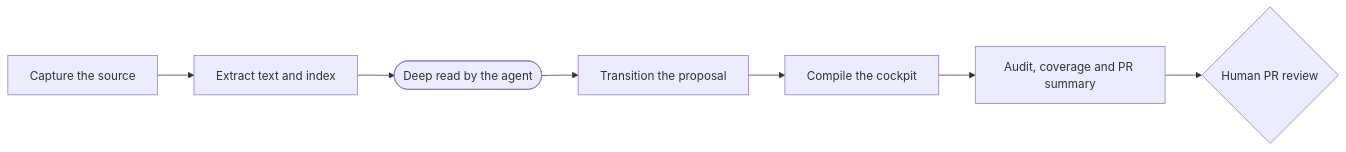
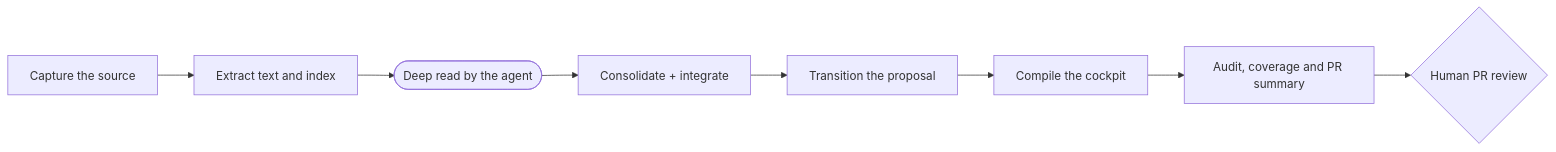
The diagram in memories/system/wiki/command-reference.md (kimlage/wiki-viva-kit), drawn with Mermaid before and after one commit. The commit also changed other lines of this file and 23 other files, not shown here.

````diff
--- a/memories/system/wiki/command-reference.md
+++ b/memories/system/wiki/command-reference.md
@@ -275,9 +297,10 @@
 ```mermaid
 flowchart LR
     Capture["Capture the source"] --> Derive["Extract text and index"]
     Derive --> DeepRead(["Deep read by the agent"])
-    DeepRead --> GateStep["Transition the proposal"]
+    DeepRead --> Integrate["Consolidate + integrate"]
+    Integrate --> GateStep["Transition the proposal"]
     GateStep --> Compile["Compile the cockpit"]
     Compile --> Validate["Audit, coverage and PR summary"]
     Validate --> PR{"Human PR review"}
 ```
````
